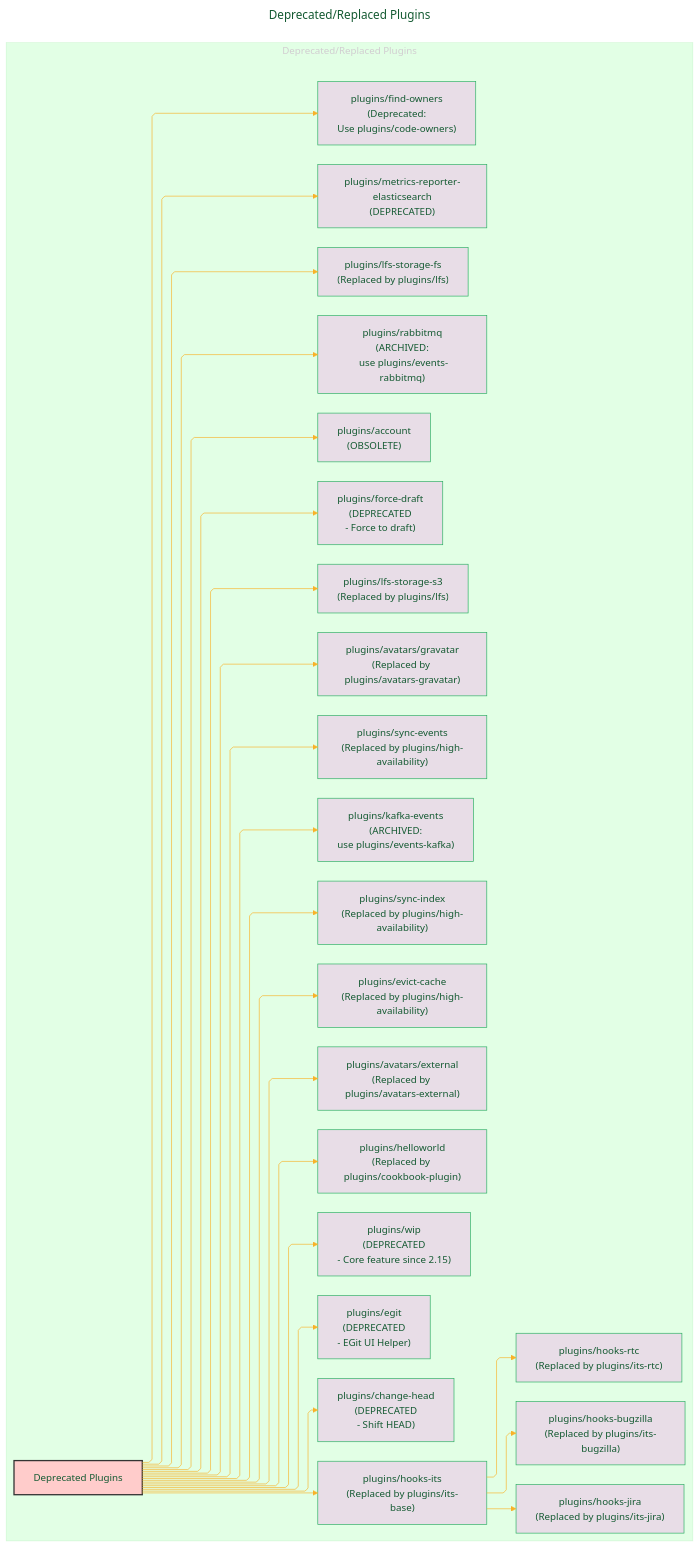
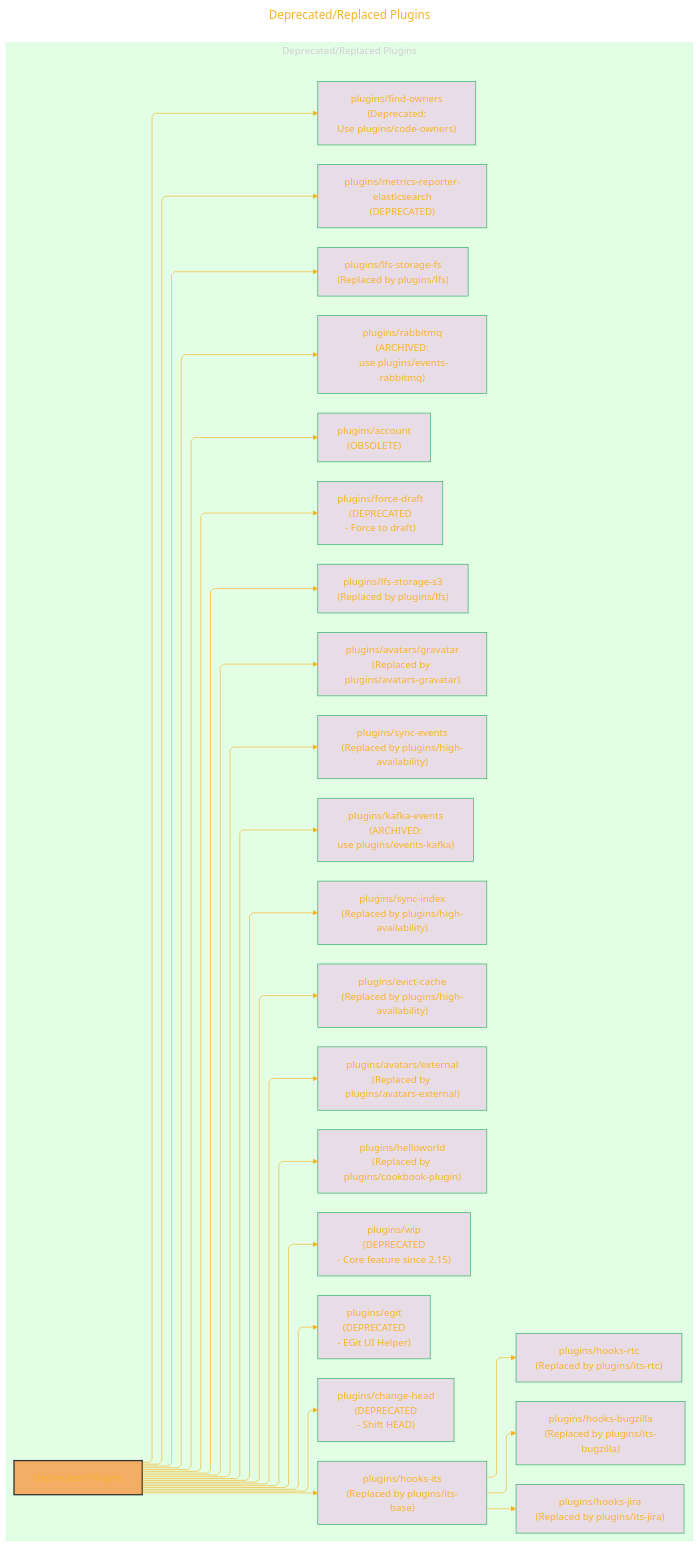
Before and after one commit to CongLeSolutionX/Chromium_Project: the tenth of 12 diagrams in Gerrit_Ecosystem_on_gerrit_googlesource.md, drawn with Mermaid. The commit also changed other lines of this file, not shown here.

````diff
--- a/Gerrit_Ecosystem_on_gerrit_googlesource.md
+++ b/Gerrit_Ecosystem_on_gerrit_googlesource.md
@@ -753,81 +787,81 @@
 ```mermaid
 ---
 title: "Deprecated/Replaced Plugins"
 author: "Cong Le"
 version: "1.0"
 license(s): "MIT, CC BY 4.0"
 copyright: "Copyright (c) 2025 Cong Le. All Rights Reserved."
 config:
   layout: elk
   theme: base
 ---
 %%%%%%%% Mermaid version v11.4.1-b.14
 %%%%%%%% Available curve styles include the following keywords:
 %% basis, bumpX, bumpY, cardinal, catmullRom, linear, monotoneX, monotoneY, natural, step, stepAfter, stepBefore.
 %%{
   init: {
     'securityLevel': 'loose',
     'flowchart': { 'htmlLabels': true, 'curve': 'linear' },
     'fontFamily': 'Monaco',
     'themeVariables': {
       'primaryColor': '#F5E3',
-      'primaryTextColor': '#145A32',
+      'primaryTextColor': '#F8B229',
       'lineColor': '#F8B229',
       'primaryBorderColor': '#27AE60',
       'secondaryColor': '#EBDEF0',
       'secondaryTextColor': '#6C3483',
       'secondaryBorderColor': '#A569BD',
       'fontSize': '15px'
     }
   }
 }%%
 flowchart TD
     subgraph DeprecatedPlugins["Deprecated/Replaced Plugins"]
         direction LR
         DepRoot["Deprecated Plugins"]
 
         DepRoot --> P_AccObsolete["plugins/account<br/>(OBSOLETE)"]
          click P_AccObsolete href "https://gerrit.googlesource.com/plugins/account" "plugins/account"
         DepRoot --> P_AvExtDep["plugins/avatars/external<br/>(Replaced by plugins/avatars-external)"]
          click P_AvExtDep href "https://gerrit.googlesource.com/plugins/avatars/external" "plugins/avatars/external"
         DepRoot --> P_AvGravDep["plugins/avatars/gravatar<br/>(Replaced by plugins/avatars-gravatar)"]
          click P_AvGravDep href "https://gerrit.googlesource.com/plugins/avatars/gravatar" "plugins/avatars/gravatar"
         DepRoot --> P_ChgHeadDep["plugins/change-head<br/>(DEPRECATED <br/>- Shift HEAD)"]
          click P_ChgHeadDep href "https://gerrit.googlesource.com/plugins/change-head" "plugins/change-head"
         DepRoot --> P_EgitDep["plugins/egit<br/>(DEPRECATED <br/>- EGit UI Helper)"]
          click P_EgitDep href "https://gerrit.googlesource.com/plugins/egit" "plugins/egit"
         DepRoot --> P_EvictCacheDep["plugins/evict-cache<br/>(Replaced by plugins/high-availability)"]
          click P_EvictCacheDep href "https://gerrit.googlesource.com/plugins/evict-cache" "plugins/evict-cache"
         DepRoot --> P_FindOwnDep["plugins/find-owners<br/>(Deprecated:<br/> Use plugins/code-owners)"]
          click P_FindOwnDep href "https://gerrit.googlesource.com/plugins/find-owners" "plugins/find-owners"
         DepRoot --> P_ForceDraftDep["plugins/force-draft<br/>(DEPRECATED <br/>- Force to draft)"]
          click P_ForceDraftDep href "https://gerrit.googlesource.com/plugins/force-draft" "plugins/force-draft"
         DepRoot --> P_HelloWorldDep["plugins/helloworld<br/>(Replaced by plugins/cookbook-plugin)"]
          click P_HelloWorldDep href "https://gerrit.googlesource.com/plugins/helloworld" "plugins/helloworld"
         DepRoot --> P_HooksItsDep["plugins/hooks-its<br/>(Replaced by plugins/its-base)"]
          click P_HooksItsDep href "https://gerrit.googlesource.com/plugins/hooks-its" "plugins/hooks-its"
         P_HooksItsDep --> P_HBugDep["plugins/hooks-bugzilla<br/>(Replaced by plugins/its-bugzilla)"]
          click P_HBugDep href "https://gerrit.googlesource.com/plugins/hooks-bugzilla" "plugins/hooks-bugzilla"
         P_HooksItsDep --> P_HJiraDep["plugins/hooks-jira<br/>(Replaced by plugins/its-jira)"]
          click P_HJiraDep href "https://gerrit.googlesource.com/plugins/hooks-jira" "plugins/hooks-jira"
         P_HooksItsDep --> P_HRtcDep["plugins/hooks-rtc<br/>(Replaced by plugins/its-rtc)"]
          click P_HRtcDep href "https://gerrit.googlesource.com/plugins/hooks-rtc" "plugins/hooks-rtc"
         DepRoot --> P_KafkaEvDep["plugins/kafka-events<br/>(ARCHIVED:<br/> use plugins/events-kafka)"]
          click P_KafkaEvDep href "https://gerrit.googlesource.com/plugins/kafka-events" "plugins/kafka-events"
         DepRoot --> P_LfsFsDep["plugins/lfs-storage-fs<br/>(Replaced by plugins/lfs)"]
          click P_LfsFsDep href "https://gerrit.googlesource.com/plugins/lfs-storage-fs" "plugins/lfs-storage-fs"
         DepRoot --> P_LfsS3Dep["plugins/lfs-storage-s3<br/>(Replaced by plugins/lfs)"]
          click P_LfsS3Dep href "https://gerrit.googlesource.com/plugins/lfs-storage-s3" "plugins/lfs-storage-s3"
         DepRoot --> P_MetricsElasticDep["plugins/metrics-reporter-elasticsearch<br/>(DEPRECATED)"]
          click P_MetricsElasticDep href "https://gerrit.googlesource.com/plugins/metrics-reporter-elasticsearch" "plugins/metrics-reporter-elasticsearch"
         DepRoot --> P_RabbitMQDep["plugins/rabbitmq<br/>(ARCHIVED:<br/> use plugins/events-rabbitmq)"]
          click P_RabbitMQDep href "https://gerrit.googlesource.com/plugins/rabbitmq" "plugins/rabbitmq"
         DepRoot --> P_SyncEventsDep["plugins/sync-events<br/>(Replaced by plugins/high-availability)"]
          click P_SyncEventsDep href "https://gerrit.googlesource.com/plugins/sync-events" "plugins/sync-events"
         DepRoot --> P_SyncIndexDep["plugins/sync-index<br/>(Replaced by plugins/high-availability)"]
          click P_SyncIndexDep href "https://gerrit.googlesource.com/plugins/sync-index" "plugins/sync-index"
         DepRoot --> P_WipDep["plugins/wip<br/>(DEPRECATED <br/>- Core feature since 2.15)"]
          click P_WipDep href "https://gerrit.googlesource.com/plugins/wip" "plugins/wip"
     end
-    style DepRoot fill:#ffcccb,stroke:#333,stroke-width:2px
+    style DepRoot fill:#F719,stroke:#333,stroke-width:2px
 ```
````
